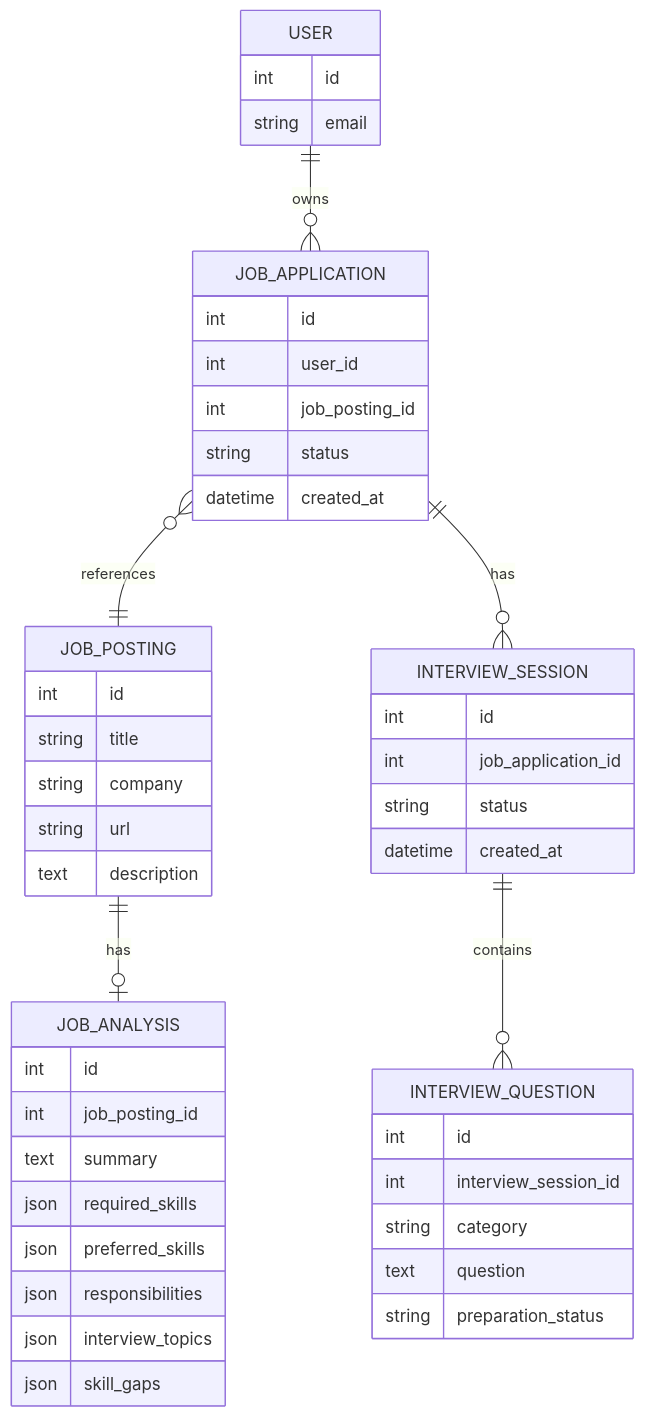
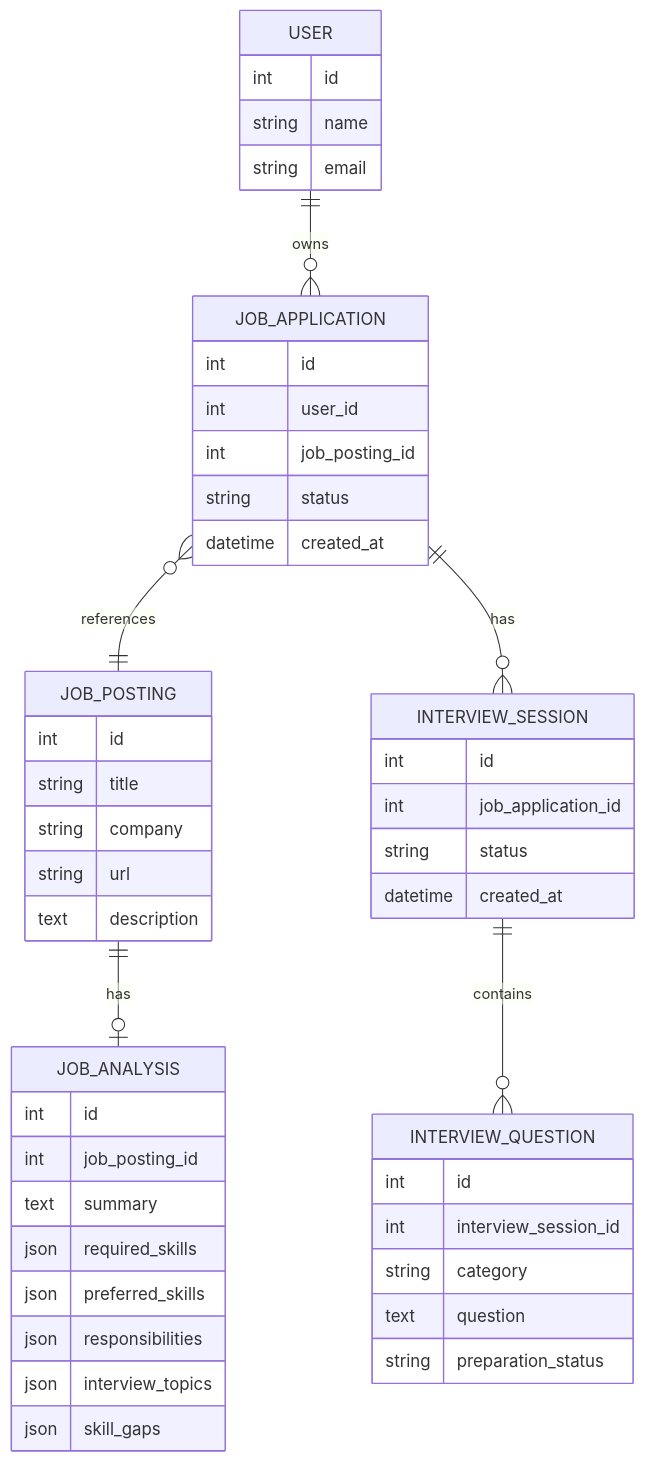
The fifth of 7 diagrams in README.md (harshkaso/carrer-pilot), drawn with Mermaid before and after one commit. The commit also changed other lines of this file, not shown here.

````diff
--- a/README.md
+++ b/README.md
@@ -290,55 +275,56 @@
 ```mermaid
 erDiagram
     USER ||--o{ JOB_APPLICATION : owns
     JOB_APPLICATION }o--|| JOB_POSTING : references
     JOB_POSTING ||--o| JOB_ANALYSIS : has
     JOB_APPLICATION ||--o{ INTERVIEW_SESSION : has
     INTERVIEW_SESSION ||--o{ INTERVIEW_QUESTION : contains
 
     USER {
         int id
+        string name
         string email
     }
 
     JOB_POSTING {
         int id
         string title
         string company
         string url
         text description
     }
 
     JOB_APPLICATION {
         int id
         int user_id
         int job_posting_id
         string status
         datetime created_at
     }
 
     JOB_ANALYSIS {
         int id
         int job_posting_id
         text summary
         json required_skills
         json preferred_skills
         json responsibilities
         json interview_topics
         json skill_gaps
     }
 
     INTERVIEW_SESSION {
         int id
         int job_application_id
         string status
         datetime created_at
     }
 
     INTERVIEW_QUESTION {
         int id
         int interview_session_id
         string category
         text question
         string preparation_status
     }
 ```
````
